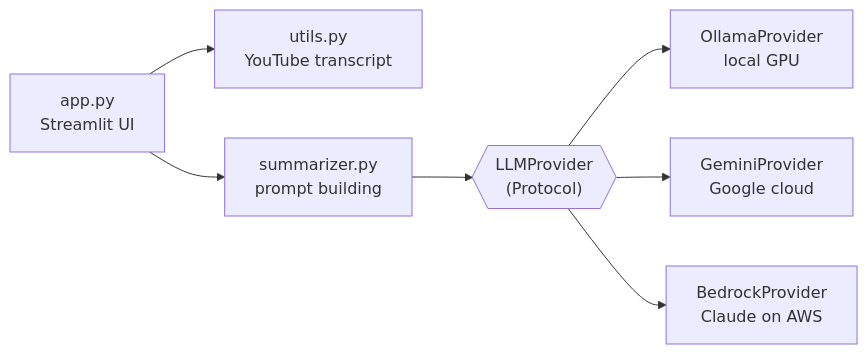
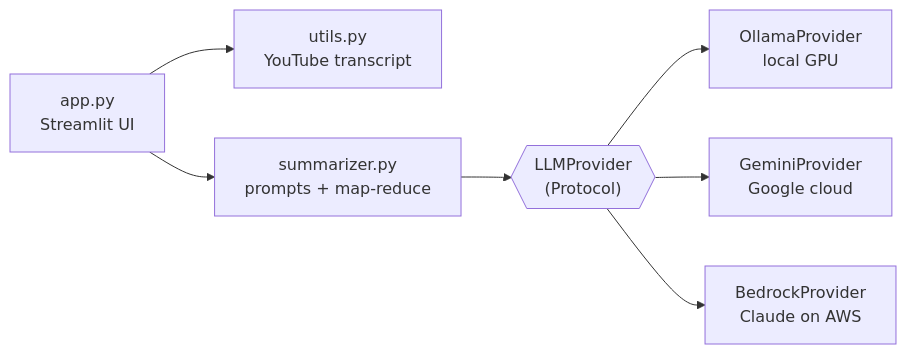
Before and after one commit to Liviu1342/hybrid-youtube-ai-summarizer: the diagram in README.md, drawn with Mermaid. The commit also changed other lines of this file, not shown here.

Commit message:
docs: update README for Bedrock keys, map-reduce and tests

````diff
--- a/README.md
+++ b/README.md
@@ -22,9 +22,9 @@
 ```mermaid
 flowchart LR
     UI["app.py<br/>Streamlit UI"] --> YT["utils.py<br/>YouTube transcript"]
-    UI --> S["summarizer.py<br/>prompt building"]
+    UI --> S["summarizer.py<br/>prompts + map-reduce"]
     S --> P{{"LLMProvider<br/>(Protocol)"}}
     P --> O["OllamaProvider<br/>local GPU"]
     P --> G["GeminiProvider<br/>Google cloud"]
     P --> B["BedrockProvider<br/>Claude on AWS"]
 ```
````
